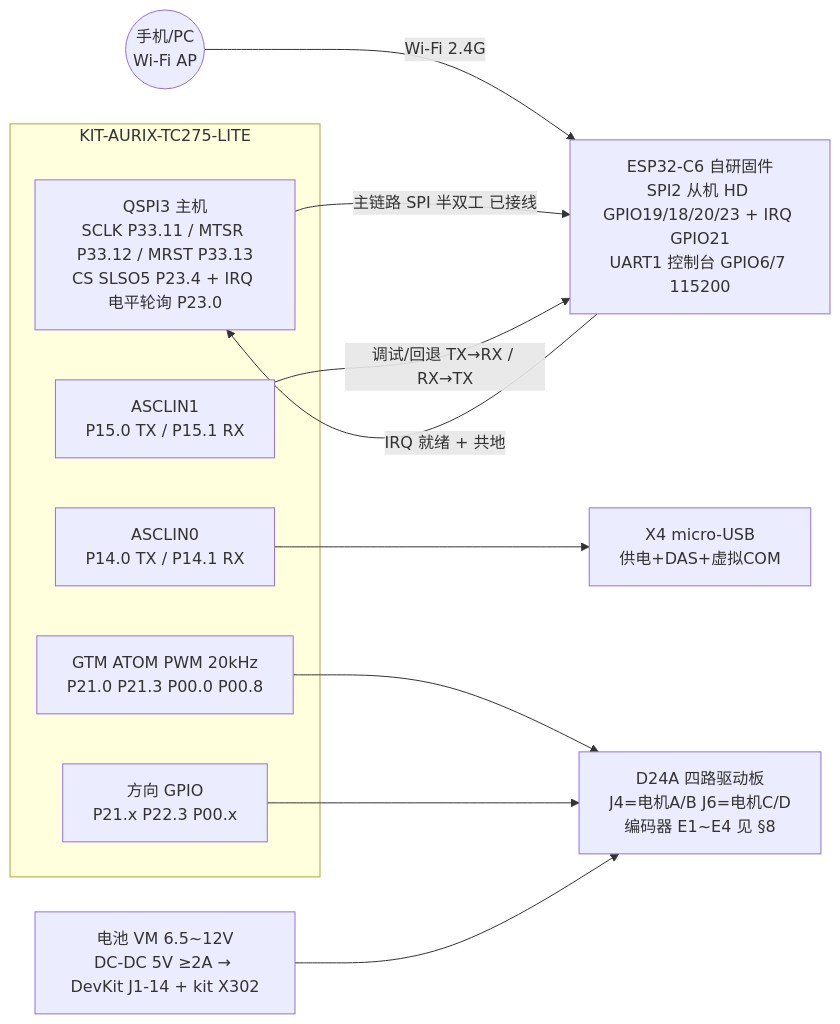
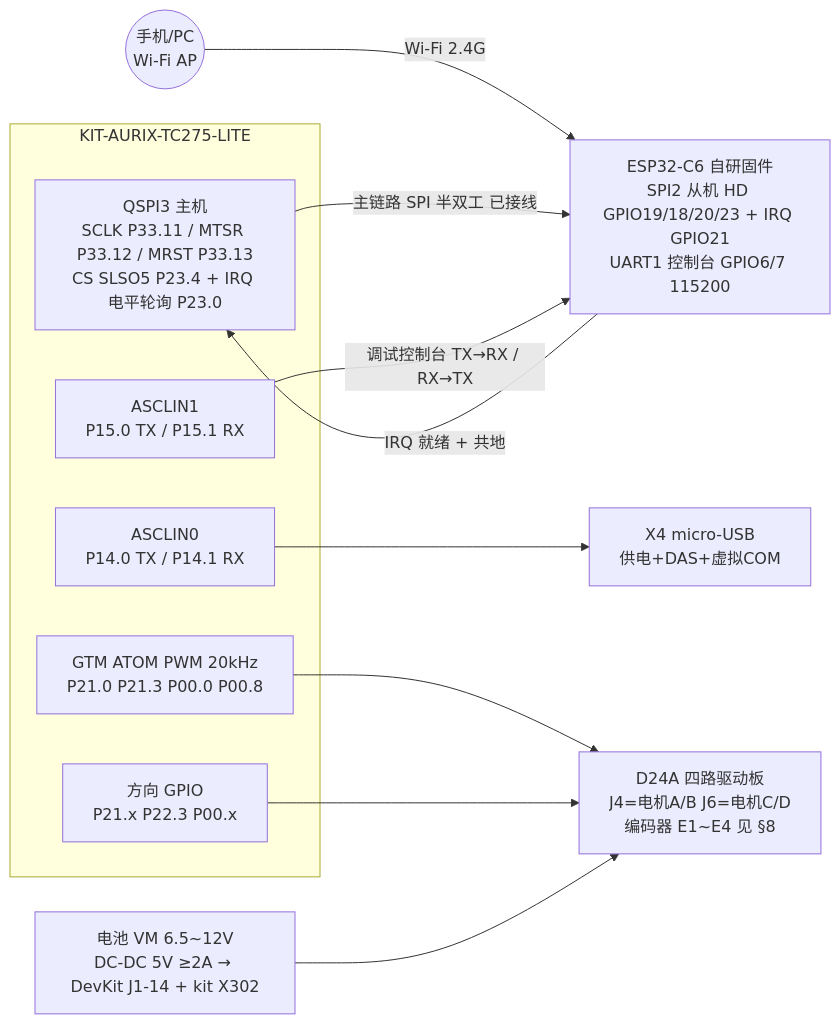
The diagram in doc/20-design/23-wiring.md (lilicqyu-ship-it/smartcar), drawn with Mermaid before and after one commit. The commit also changed other lines of this file and 15 other files, not shown here.

````diff
--- a/doc/20-design/23-wiring.md
+++ b/doc/20-design/23-wiring.md
@@ -64,23 +66,23 @@
 ```mermaid
 flowchart LR
     subgraph TC275 [KIT-AURIX-TC275-LITE]
         QSPI[QSPI3 主机<br/>SCLK P33.11 / MTSR P33.12 / MRST P33.13<br/>CS SLSO5 P23.4 + IRQ 电平轮询 P23.0]
         ASC0[ASCLIN0<br/>P14.0 TX / P14.1 RX]
         ASC1[ASCLIN1<br/>P15.0 TX / P15.1 RX]
         PWM[GTM ATOM PWM 20kHz<br/>P21.0 P21.3 P00.0 P00.8]
         DIR[方向 GPIO<br/>P21.x P22.3 P00.x]
     end
     ESP[ESP32-C6 自研固件<br/>SPI2 从机 HD GPIO19/18/20/23 + IRQ GPIO21<br/>UART1 控制台 GPIO6/7 115200]
     PHONE((手机/PC<br/>Wi-Fi AP))
     DRV[D24A 四路驱动板<br/>J4=电机A/B J6=电机C/D<br/>编码器 E1~E4 见 §8]
     BAT[电池 VM 6.5~12V<br/>DC-DC 5V ≥2A → DevKit J1-14 + kit X302]
 
     PHONE -- Wi-Fi 2.4G --> ESP
     QSPI -- 主链路 SPI 半双工 已接线 --> ESP
     ESP -- IRQ 就绪 + 共地 --> QSPI
-    ASC1 -- 调试/回退 TX→RX / RX→TX --> ESP
+    ASC1 -- 调试控制台 TX→RX / RX→TX --> ESP
     ASC0 --> DBG[X4 micro-USB<br/>供电+DAS+虚拟COM]
     PWM --> DRV
     DIR --> DRV
     BAT --> DRV
 ```
````
